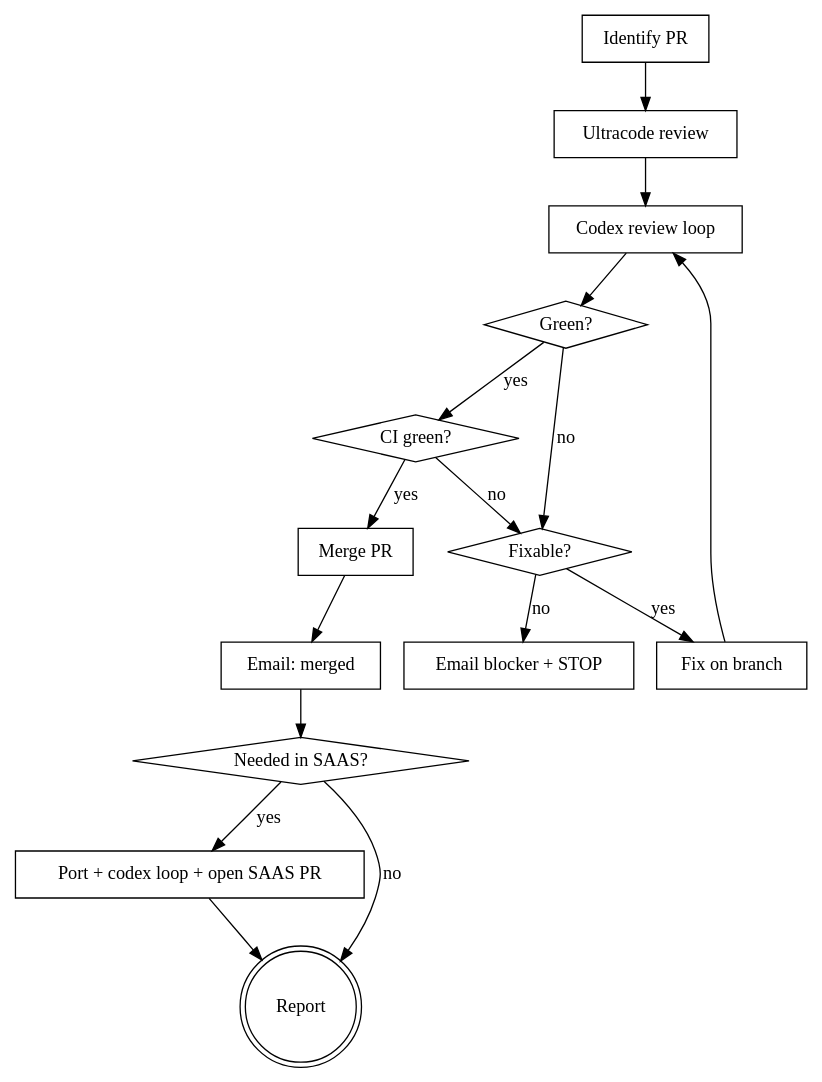
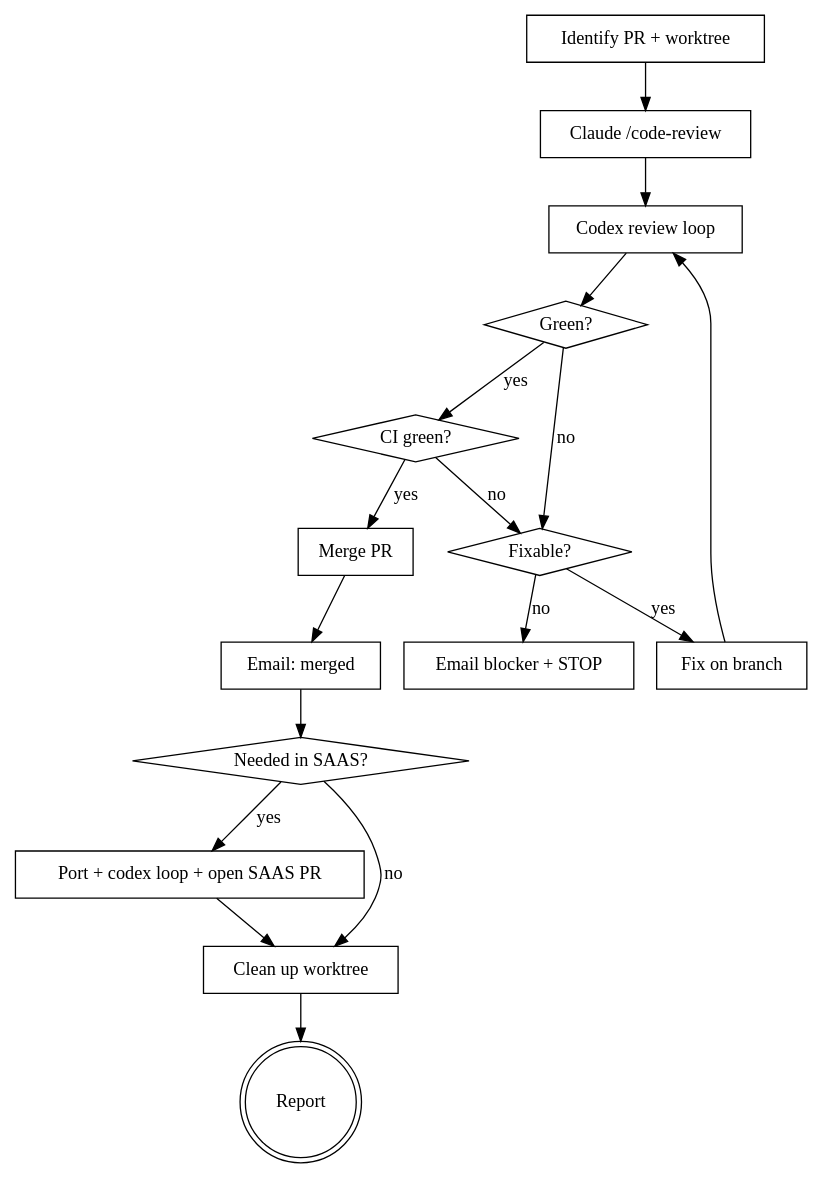
The diagram in .claude/skills/review-merge-port-pr/SKILL.md (dotnetfactory/fluid-calendar), drawn with Graphviz before and after one commit. The commit also changed other lines of this file, not shown here.

First line of the commit message:
chore(skill): review-merge-port-pr uses regular code-review, worktrees, and mgc

````diff
--- a/.claude/skills/review-merge-port-pr/SKILL.md
+++ b/.claude/skills/review-merge-port-pr/SKILL.md
@@ -35,31 +36,33 @@
 ```dot
 digraph review_merge_port {
     rankdir=TB;
-    "Identify PR" [shape=box];
-    "Ultracode review" [shape=box];
+    "Identify PR + worktree" [shape=box];
+    "Claude /code-review" [shape=box];
     "Codex review loop" [shape=box];
     "Green?" [shape=diamond];
     "Fixable?" [shape=diamond];
     "Fix on branch" [shape=box];
     "Email blocker + STOP" [shape=box];
     "CI green?" [shape=diamond];
     "Merge PR" [shape=box];
     "Email: merged" [shape=box];
     "Needed in SAAS?" [shape=diamond];
     "Port + codex loop + open SAAS PR" [shape=box];
+    "Clean up worktree" [shape=box];
     "Report" [shape=doublecircle];
 
-    "Identify PR" -> "Ultracode review" -> "Codex review loop" -> "Green?";
+    "Identify PR + worktree" -> "Claude /code-review" -> "Codex review loop" -> "Green?";
     "Green?" -> "CI green?" [label="yes"];
     "Green?" -> "Fixable?" [label="no"];
     "Fixable?" -> "Fix on branch" [label="yes"];
     "Fixable?" -> "Email blocker + STOP" [label="no"];
     "Fix on branch" -> "Codex review loop";
     "CI green?" -> "Merge PR" [label="yes"];
     "CI green?" -> "Fixable?" [label="no"];
     "Merge PR" -> "Email: merged" -> "Needed in SAAS?";
     "Needed in SAAS?" -> "Port + codex loop + open SAAS PR" [label="yes"];
-    "Needed in SAAS?" -> "Report" [label="no"];
-    "Port + codex loop + open SAAS PR" -> "Report";
+    "Needed in SAAS?" -> "Clean up worktree" [label="no"];
+    "Port + codex loop + open SAAS PR" -> "Clean up worktree";
+    "Clean up worktree" -> "Report";
 }
 ```
````
